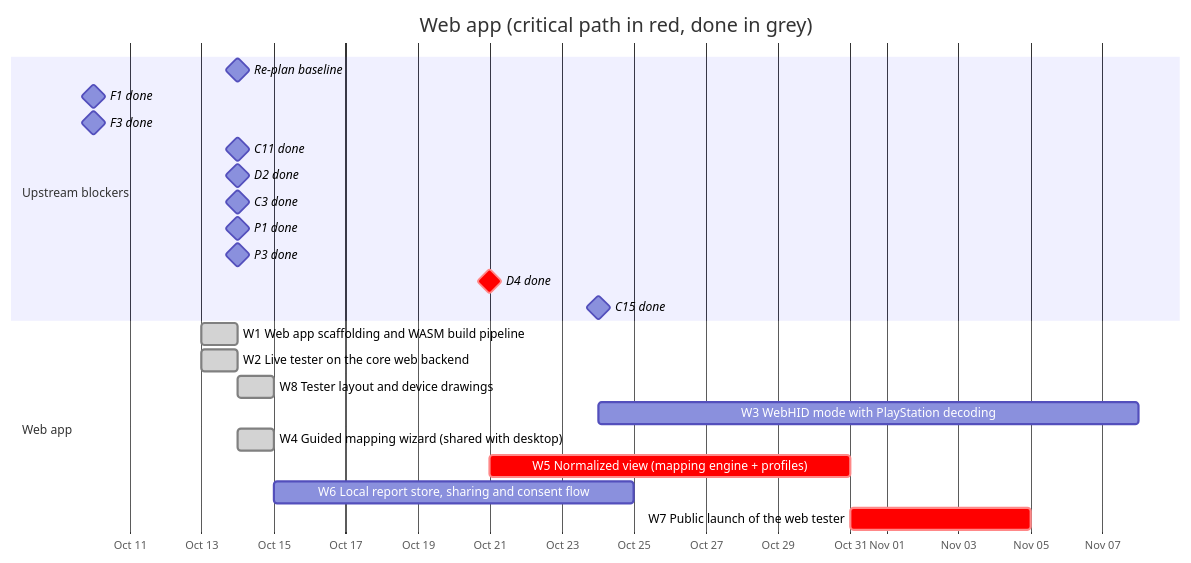
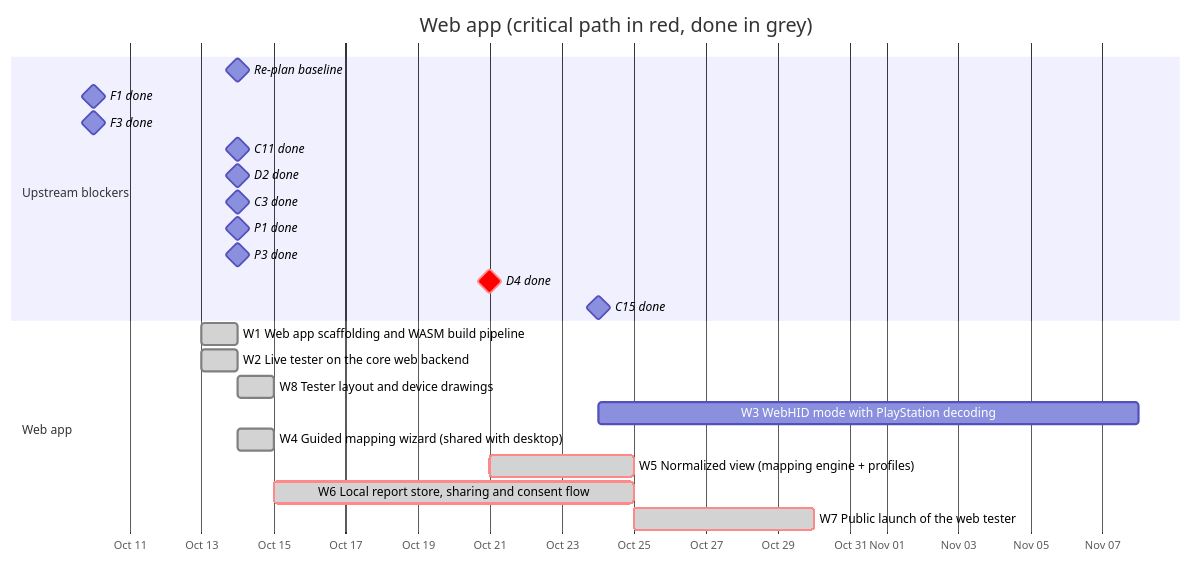
Before and after one commit to anygamepad/anygamepad.github.io: the diagram in ROADMAP/2026-10-14/04-web-app.md, drawn with Mermaid. The commit also changed other lines of this file and 34 other files, not shown here.

````diff
--- a/ROADMAP/2026-10-14/04-web-app.md
+++ b/ROADMAP/2026-10-14/04-web-app.md
@@ -21,26 +21,26 @@
 ```mermaid
 gantt
     dateFormat YYYY-MM-DD
     axisFormat %b %d
     title Web app (critical path in red, done in grey)
     section Upstream blockers
     Re-plan baseline :milestone, t0, 2026-10-14, 0d
     F1 done :milestone, f1, 2026-10-10, 0d
     F3 done :milestone, f3, 2026-10-10, 0d
     C11 done :milestone, c11, 2026-10-14, 0d
     D2 done :milestone, d2, 2026-10-14, 0d
     C3 done :milestone, c3, 2026-10-14, 0d
     P1 done :milestone, p1, 2026-10-14, 0d
     P3 done :milestone, p3, 2026-10-14, 0d
     D4 done :milestone, crit, d4, 2026-10-21, 0d
     C15 done :milestone, c15, 2026-10-24, 0d
     section Web app
     W1 Web app scaffolding and WASM build pipeline :done, w1, 2026-10-13, 1d
     W2 Live tester on the core web backend :done, w2, 2026-10-13, 1d
     W8 Tester layout and device drawings :done, w8, 2026-10-14, 1d
     W3 WebHID mode with PlayStation decoding :w3, after w2 c15 w8, 15d
     W4 Guided mapping wizard (shared with desktop) :done, w4, 2026-10-14, 1d
-    W5 Normalized view (mapping engine + profiles) :crit, w5, after w2 c3 d2 d4, 10d
-    W6 Local report store, sharing and consent flow :w6, after w4 p1 p3, 10d
-    W7 Public launch of the web tester :crit, w7, after w5 w6, 5d
+    W5 Normalized view (mapping engine + profiles) :crit, done, w5, 2026-10-21, 4d
+    W6 Local report store, sharing and consent flow :crit, done, w6, after w4 p1 p3, 10d
+    W7 Public launch of the web tester :crit, done, w7, after w5 w6, 5d
 ```
````
